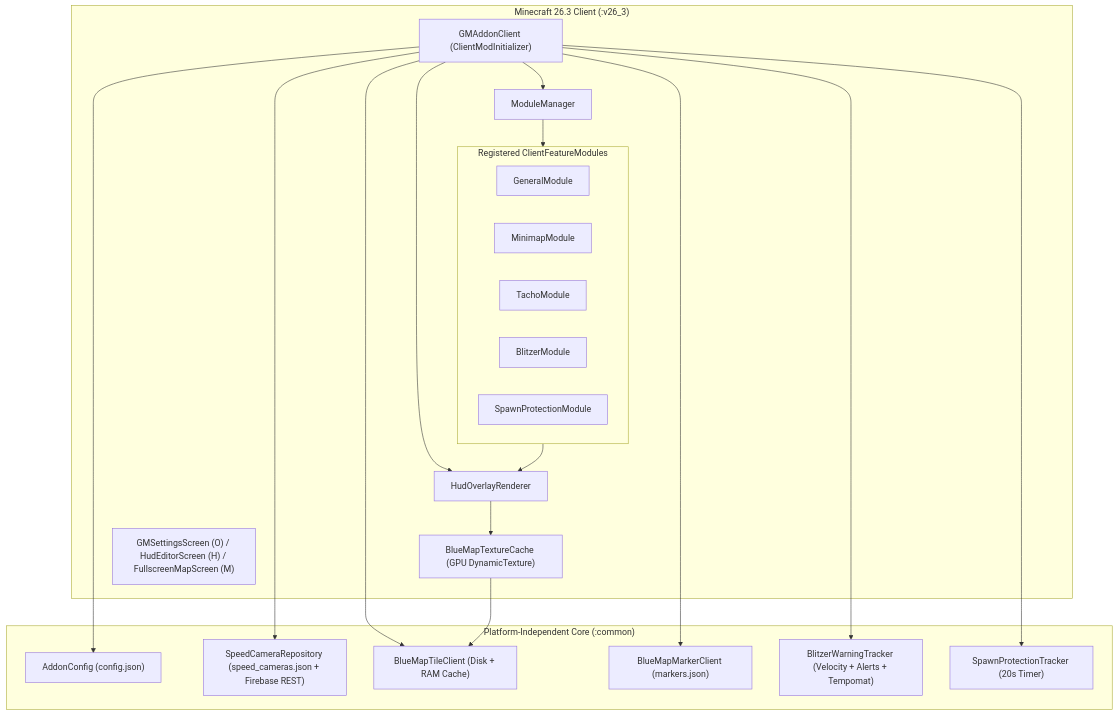
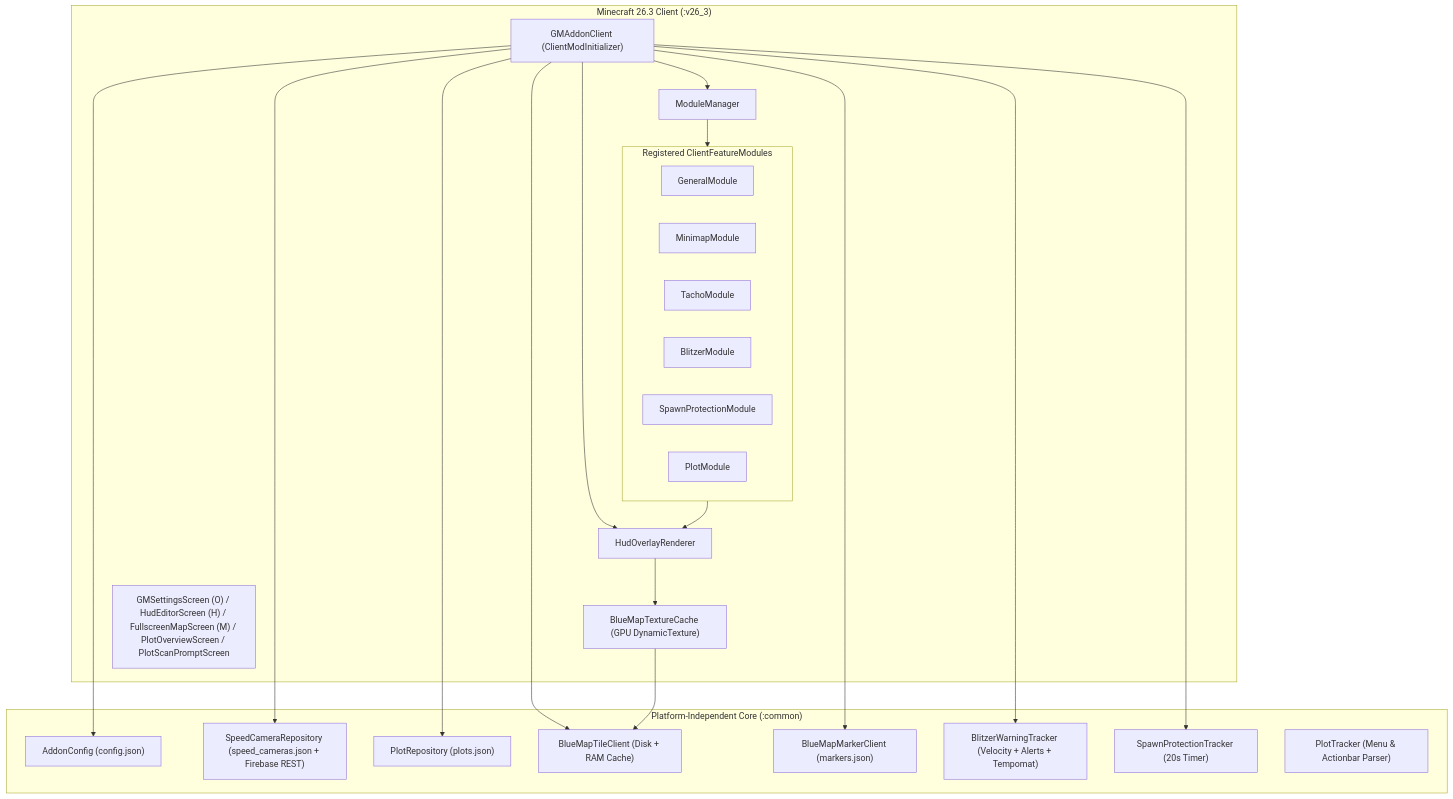
One commit to pflanzenkaktus/enhancedGM changed the diagram in docs/ARCHITECTURE.md. Above: the diagram before and after it, drawn with Mermaid. The commit also changed other lines of this file and 23 other files, not shown here.

````diff
--- a/docs/ARCHITECTURE.md
+++ b/docs/ARCHITECTURE.md
@@ -11,40 +11,44 @@
 ```mermaid
 flowchart TD
     subgraph v26_3["Minecraft 26.3 Client (:v26_3)"]
         Entry["GMAddonClient (ClientModInitializer)"]
         MM["ModuleManager"]
         HUD["HudOverlayRenderer"]
         TexCache["BlueMapTextureCache (GPU DynamicTexture)"]
-        Screens["GMSettingsScreen (O) / HudEditorScreen (H) / FullscreenMapScreen (M)"]
+        Screens["GMSettingsScreen (O) / HudEditorScreen (H) / FullscreenMapScreen (M) / PlotOverviewScreen / PlotScanPromptScreen"]
 
         subgraph Modules["Registered ClientFeatureModules"]
             M1["GeneralModule"]
             M2["MinimapModule"]
             M3["TachoModule"]
             M4["BlitzerModule"]
             M5["SpawnProtectionModule"]
+            M6["PlotModule"]
         end
     end
 
     subgraph common["Platform-Independent Core (:common)"]
         Cfg["AddonConfig (config.json)"]
         Repo["SpeedCameraRepository (speed_cameras.json + Firebase REST)"]
+        PlotRepo["PlotRepository (plots.json)"]
         Tile["BlueMapTileClient (Disk + RAM Cache)"]
         Marker["BlueMapMarkerClient (markers.json)"]
         Blitzer["BlitzerWarningTracker (Velocity + Alerts + Tempomat)"]
         Spawn["SpawnProtectionTracker (20s Timer)"]
+        PlotTrk["PlotTracker (Menu & Actionbar Parser)"]
     end
 
     Entry --> Cfg
     Entry --> Repo
+    Entry --> PlotRepo
     Entry --> Tile
     Entry --> Marker
     Entry --> Blitzer
     Entry --> Spawn
     Entry --> MM
     Entry --> HUD
     MM --> Modules
     Modules --> HUD
     HUD --> TexCache
     TexCache --> Tile
 ```
````
